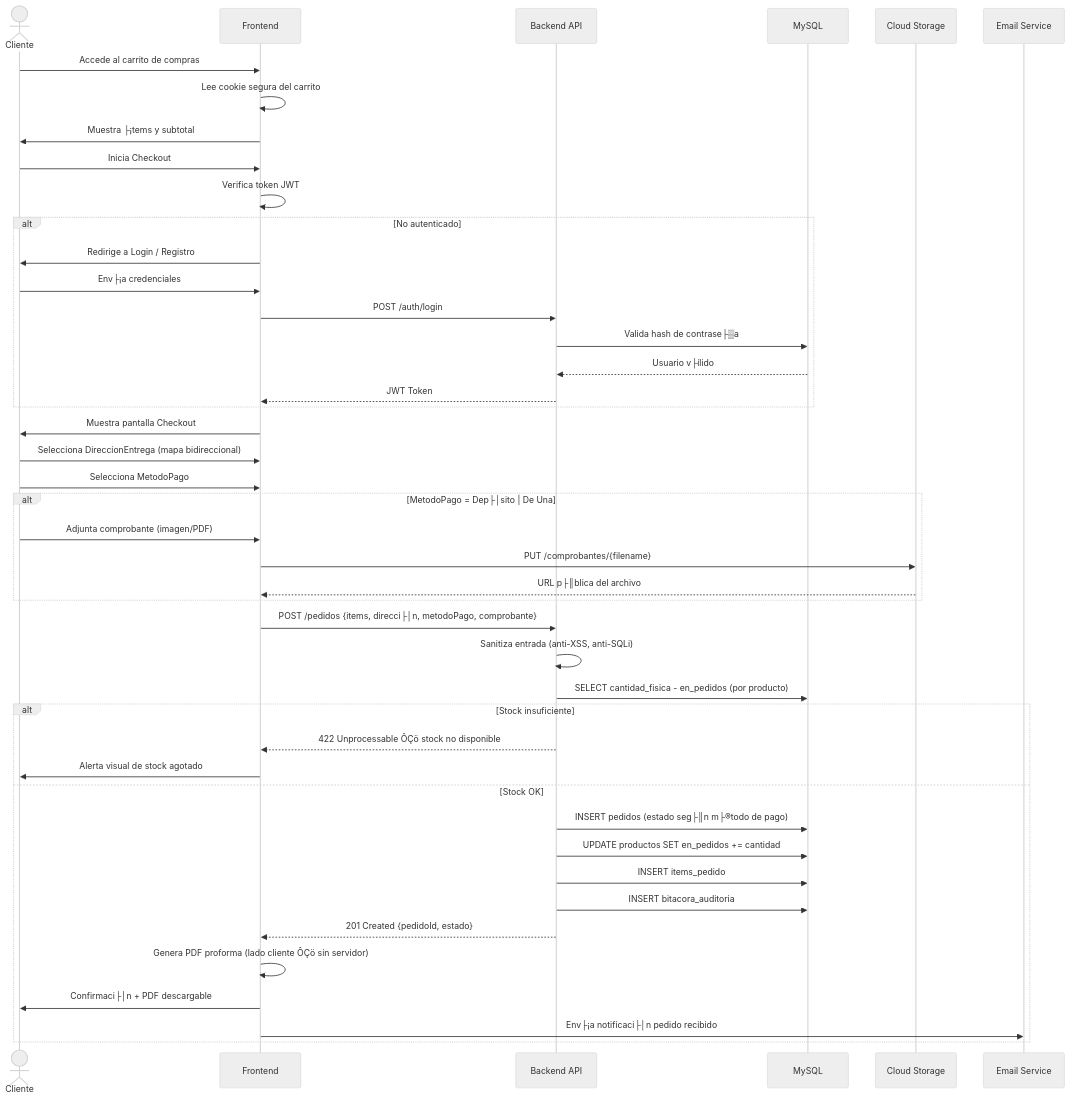
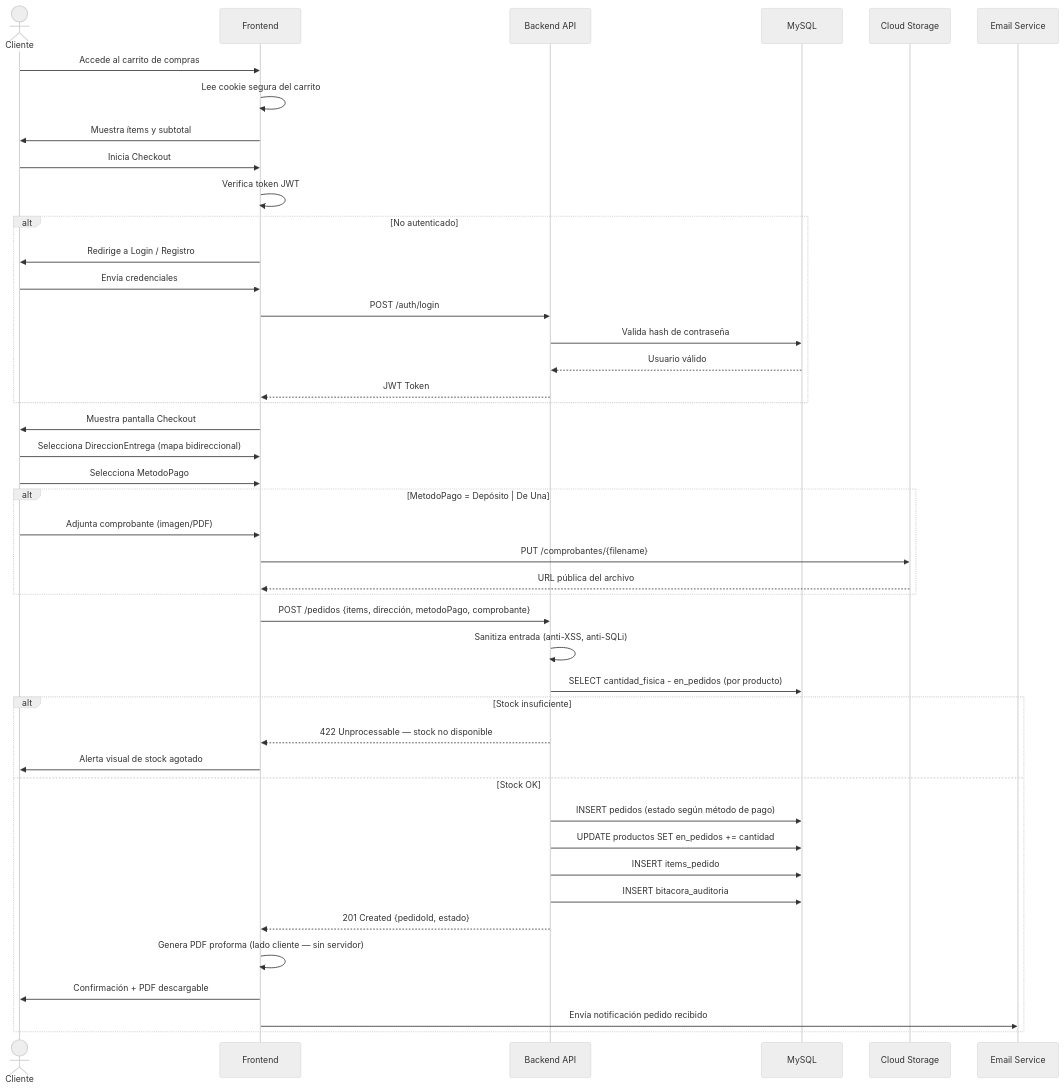
The third of 23 diagrams in docs/especificacion.md (UNIPI6TO/PI-ECOMMERCE-FRITOLAY), drawn with Mermaid (neutral theme) before and after one commit. The commit also changed other lines of this file, not shown here.

Commit message:
fix: corregir encoding UTF-8 del documento completo y agregar DFD GCP bajo costo (seccion 6.8)

````diff
--- a/docs/especificacion.md
+++ b/docs/especificacion.md
@@ -902,52 +902,52 @@
 ```mermaid
 sequenceDiagram
     actor Cliente
     participant FE as Frontend
     participant API as Backend API
     participant DB as MySQL
     participant GCS as Cloud Storage
     participant Email as Email Service
 
     Cliente->>FE: Accede al carrito de compras
     FE->>FE: Lee cookie segura del carrito
-    FE->>Cliente: Muestra ├¡tems y subtotal
+    FE->>Cliente: Muestra ítems y subtotal
 
     Cliente->>FE: Inicia Checkout
     FE->>FE: Verifica token JWT
     alt No autenticado
         FE->>Cliente: Redirige a Login / Registro
-        Cliente->>FE: Env├¡a credenciales
+        Cliente->>FE: Envía credenciales
         FE->>API: POST /auth/login
-        API->>DB: Valida hash de contrase├▒a
-        DB-->>API: Usuario v├ílido
+        API->>DB: Valida hash de contraseña
+        DB-->>API: Usuario válido
         API-->>FE: JWT Token
     end
 
     FE->>Cliente: Muestra pantalla Checkout
     Cliente->>FE: Selecciona DireccionEntrega (mapa bidireccional)
     Cliente->>FE: Selecciona MetodoPago
 
-    alt MetodoPago = Dep├│sito | De Una
+    alt MetodoPago = Depósito | De Una
         Cliente->>FE: Adjunta comprobante (imagen/PDF)
         FE->>GCS: PUT /comprobantes/{filename}
-        GCS-->>FE: URL p├║blica del archivo
+        GCS-->>FE: URL pública del archivo
     end
 
-    FE->>API: POST /pedidos {items, direcci├│n, metodoPago, comprobante}
+    FE->>API: POST /pedidos {items, dirección, metodoPago, comprobante}
     API->>API: Sanitiza entrada (anti-XSS, anti-SQLi)
     API->>DB: SELECT cantidad_fisica - en_pedidos (por producto)
 
     alt Stock insuficiente
-        API-->>FE: 422 Unprocessable ÔÇö stock no disponible
+        API-->>FE: 422 Unprocessable — stock no disponible
         FE->>Cliente: Alerta visual de stock agotado
     else Stock OK
-        API->>DB: INSERT pedidos (estado seg├║n m├®todo de pago)
+        API->>DB: INSERT pedidos (estado según método de pago)
         API->>DB: UPDATE productos SET en_pedidos += cantidad
         API->>DB: INSERT items_pedido
         API->>DB: INSERT bitacora_auditoria
         API-->>FE: 201 Created {pedidoId, estado}
-        FE->>FE: Genera PDF proforma (lado cliente ÔÇö sin servidor)
-        FE->>Cliente: Confirmaci├│n + PDF descargable
-        FE->>Email: Env├¡a notificaci├│n pedido recibido
+        FE->>FE: Genera PDF proforma (lado cliente — sin servidor)
+        FE->>Cliente: Confirmación + PDF descargable
+        FE->>Email: Envía notificación pedido recibido
     end
 ```
````
